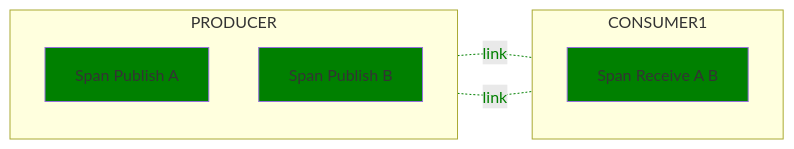
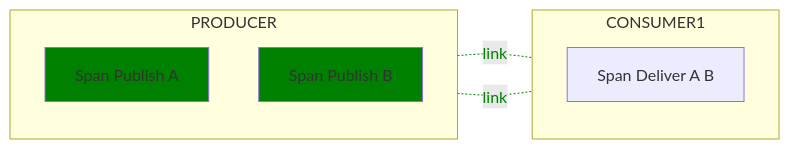
The second of 2 diagrams in docs/messaging/messaging-spans.md (open-telemetry/semantic-conventions), drawn with Mermaid before and after one commit. The commit also changed other lines of this file, not shown here.

Commit message:
Add deliver and create spans

````diff
--- a/docs/messaging/messaging-spans.md
+++ b/docs/messaging/messaging-spans.md
@@ -435,18 +465,18 @@
 ```mermaid
 flowchart LR;
   subgraph PRODUCER
   direction TB
   PA[Span Publish A]
   PB[Span Publish B]
   end
   subgraph CONSUMER1
   direction TB
-  R1[Span Receive A B]
+  D1[Span Deliver A B]
   end
-  PA-. link .-R1;
-  PB-. link .-R1;
+  PA-. link .-D1;
+  PB-. link .-D1;
 
   classDef normal fill:green
   class PA,PB,R1 normal
   linkStyle 0,1 color:green,stroke:green
 ```
````
